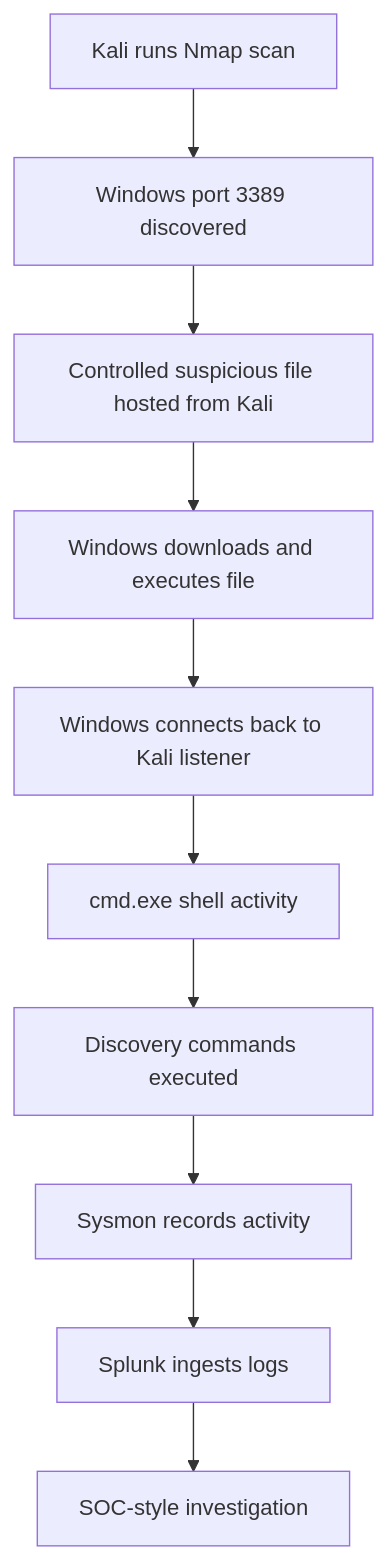
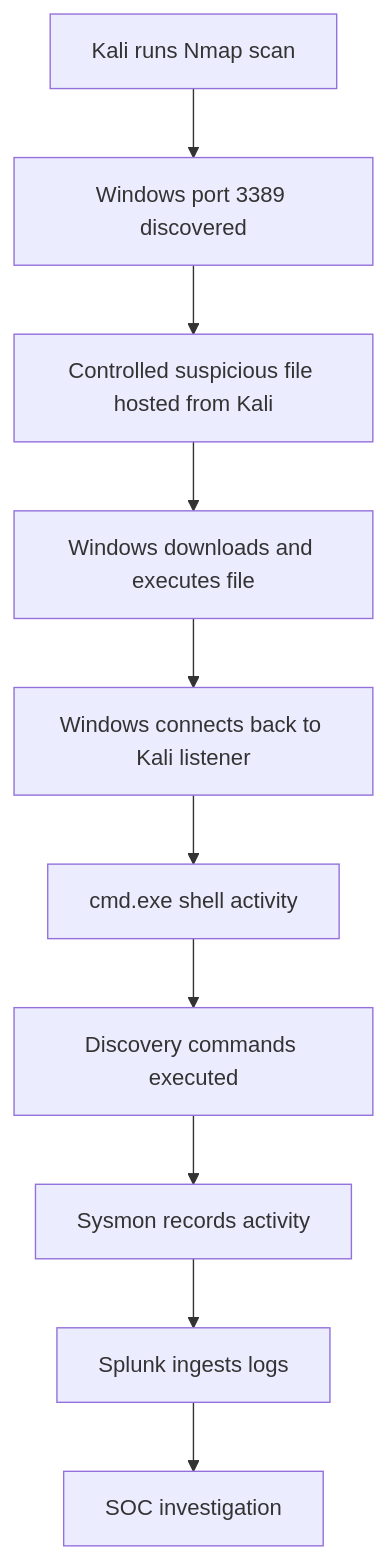
The second of 2 diagrams in README.md (jethwoah/SOC-Home-Lab), drawn with Mermaid before and after one commit. The commit also changed other lines of this file, not shown here.

````diff
--- a/README.md
+++ b/README.md
@@ -401,12 +401,12 @@
 ```mermaid
 flowchart TD
     A[Kali runs Nmap scan] --> B[Windows port 3389 discovered]
     B --> C[Controlled suspicious file hosted from Kali]
     C --> D[Windows downloads and executes file]
     D --> E[Windows connects back to Kali listener]
     E --> F[cmd.exe shell activity]
     F --> G[Discovery commands executed]
     G --> H[Sysmon records activity]
     H --> I[Splunk ingests logs]
-    I --> J[SOC-style investigation]
+    I --> J[SOC investigation]
 ```
````
